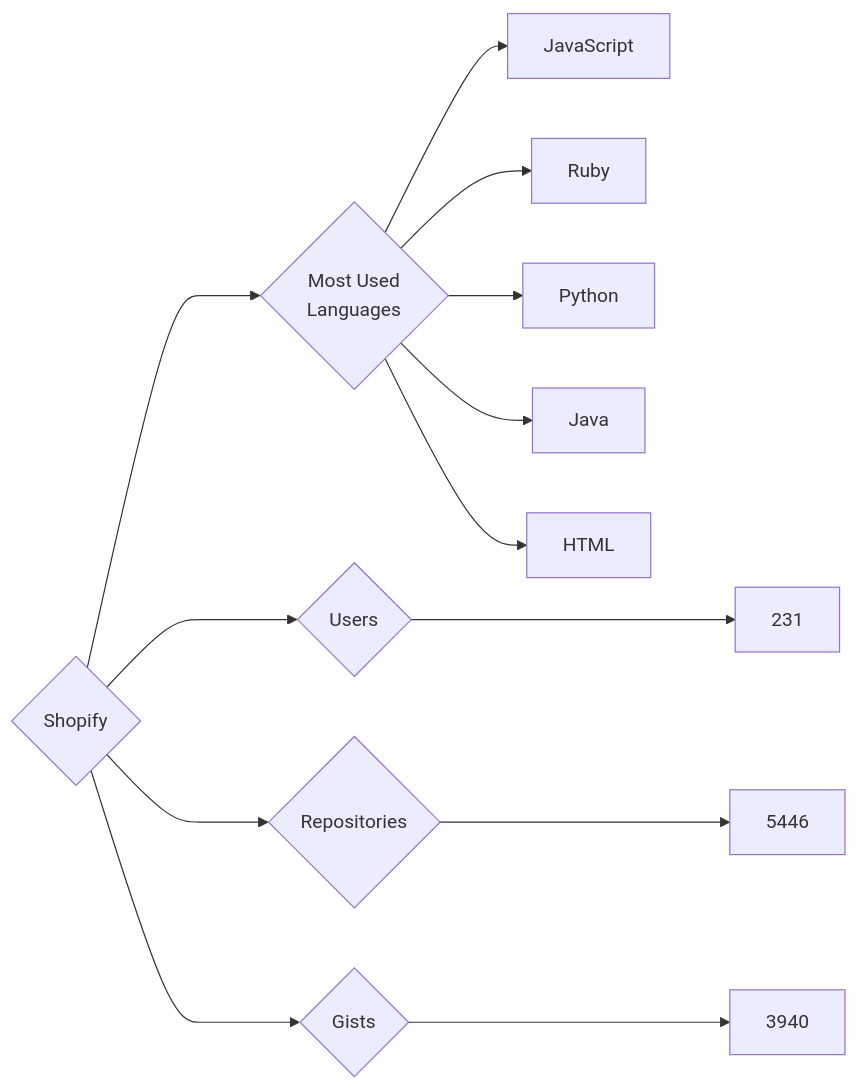
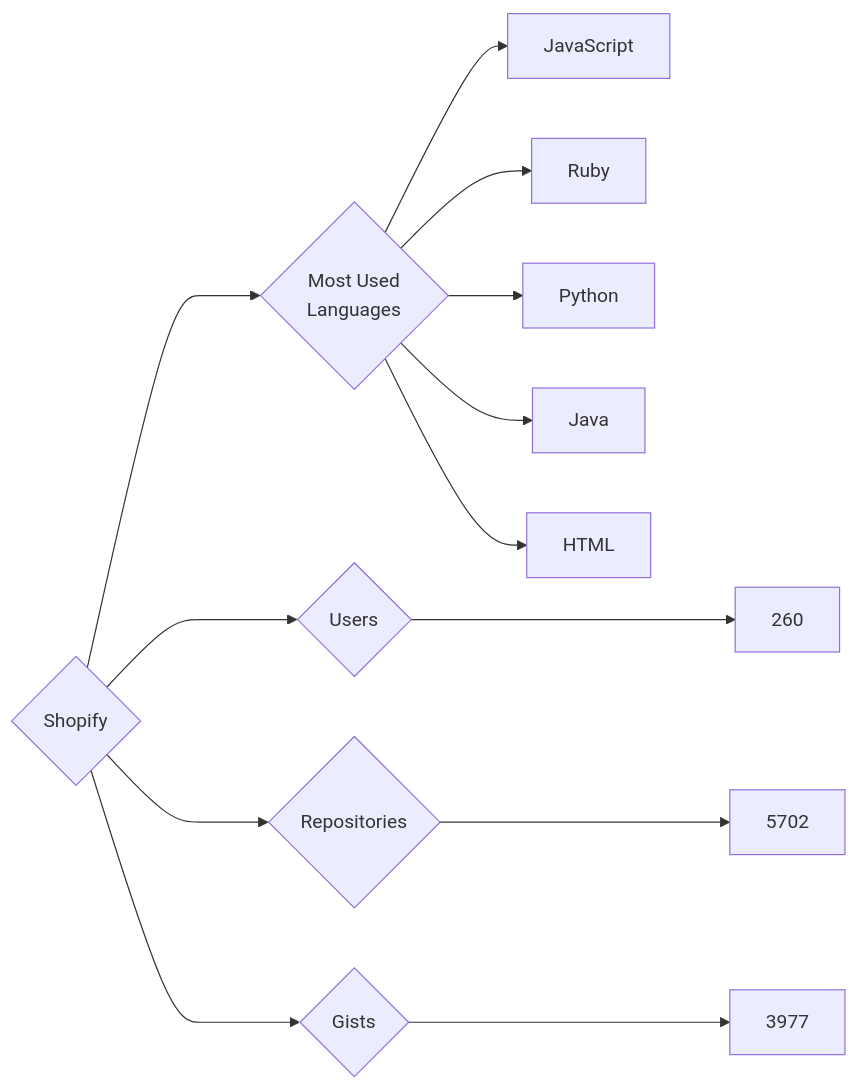
One commit to trickest/insiders changed the diagram in targets/Shopify/README.md. Above: the diagram before and after it, drawn with Mermaid. The commit also changed 871 other files, not shown here.

````diff
--- a/targets/Shopify/README.md
+++ b/targets/Shopify/README.md
@@ -3,13 +3,13 @@
 ```mermaid
 graph LR
 COMPANY_NAME{Shopify}
-COMPANY_NAME ---> U{Users} ---> UN[231]
-COMPANY_NAME ---> R{Repositories} ---> RN[5446]
-COMPANY_NAME ---> G{Gists} ---> GN[3940]
+COMPANY_NAME ---> U{Users} ---> UN[260]
+COMPANY_NAME ---> R{Repositories} ---> RN[5702]
+COMPANY_NAME ---> G{Gists} ---> GN[3977]
 COMPANY_NAME ---> ML{Most Used<br>Languages}
 ML --> JavaScript[JavaScript]
 ML --> Ruby[Ruby]
 ML --> Python[Python]
 ML --> Java[Java]
 ML --> HTML[HTML]
 ```
````
